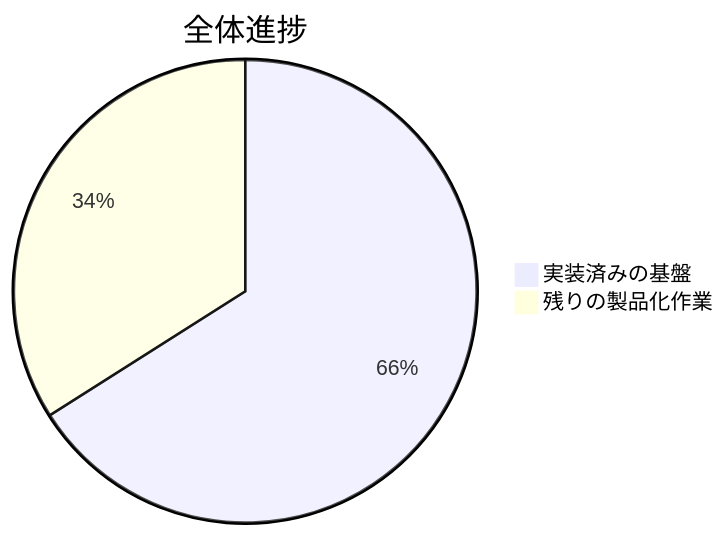
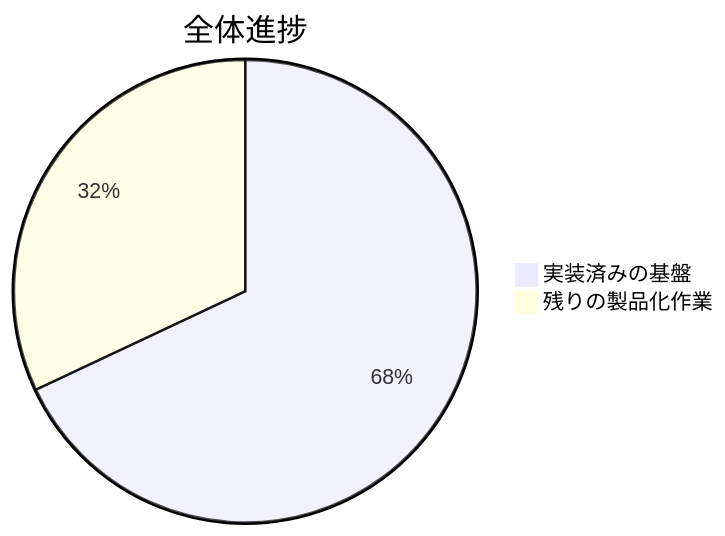
The first of 5 diagrams in README.ja.md (lingmulongtai/GlyphRay), drawn with Mermaid before and after one commit. The commit also changed other lines of this file and 11 other files, not shown here.

````diff
--- a/README.ja.md
+++ b/README.ja.md
@@ -15,5 +15,5 @@
 ```mermaid
 pie title 全体進捗
-  "実装済みの基盤" : 66
-  "残りの製品化作業" : 34
+  "実装済みの基盤" : 68
+  "残りの製品化作業" : 32
 ```
````
